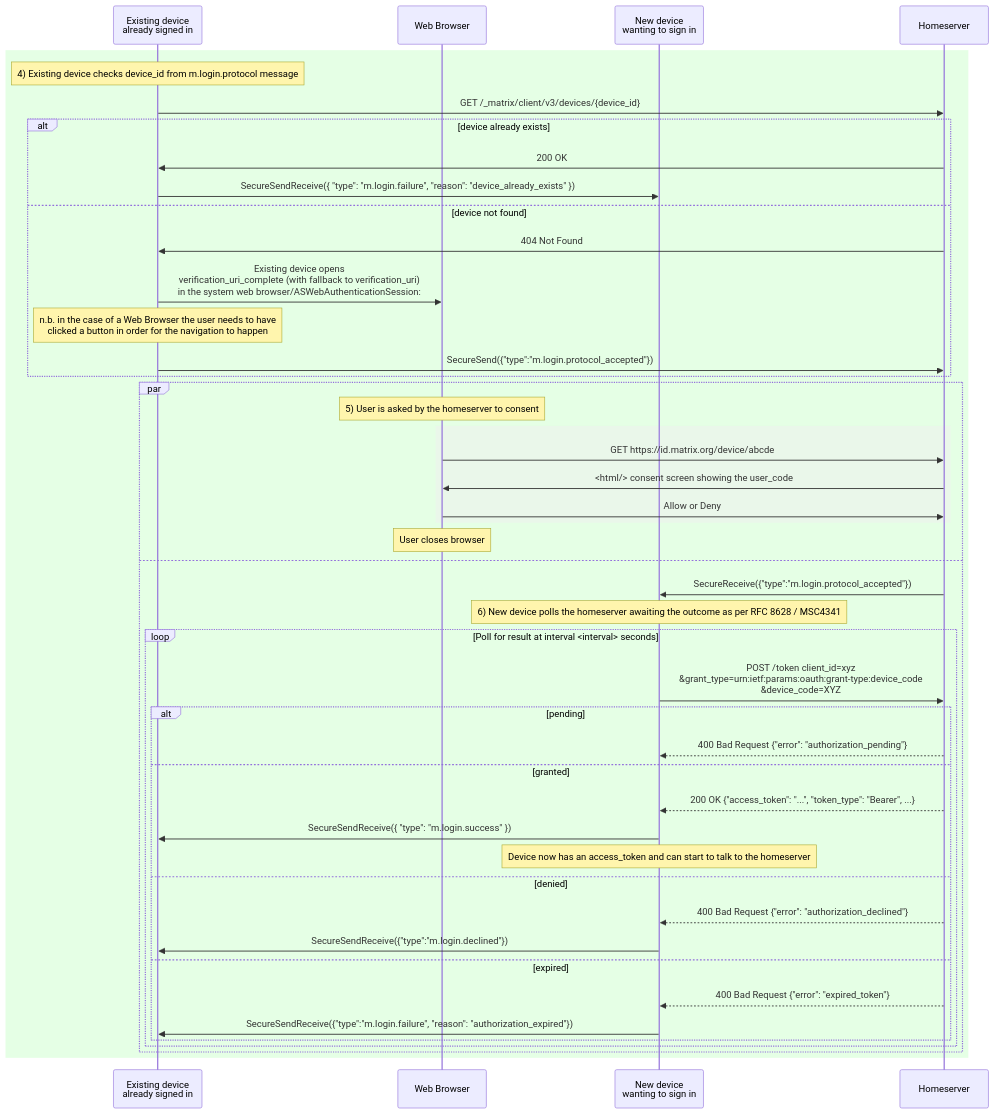
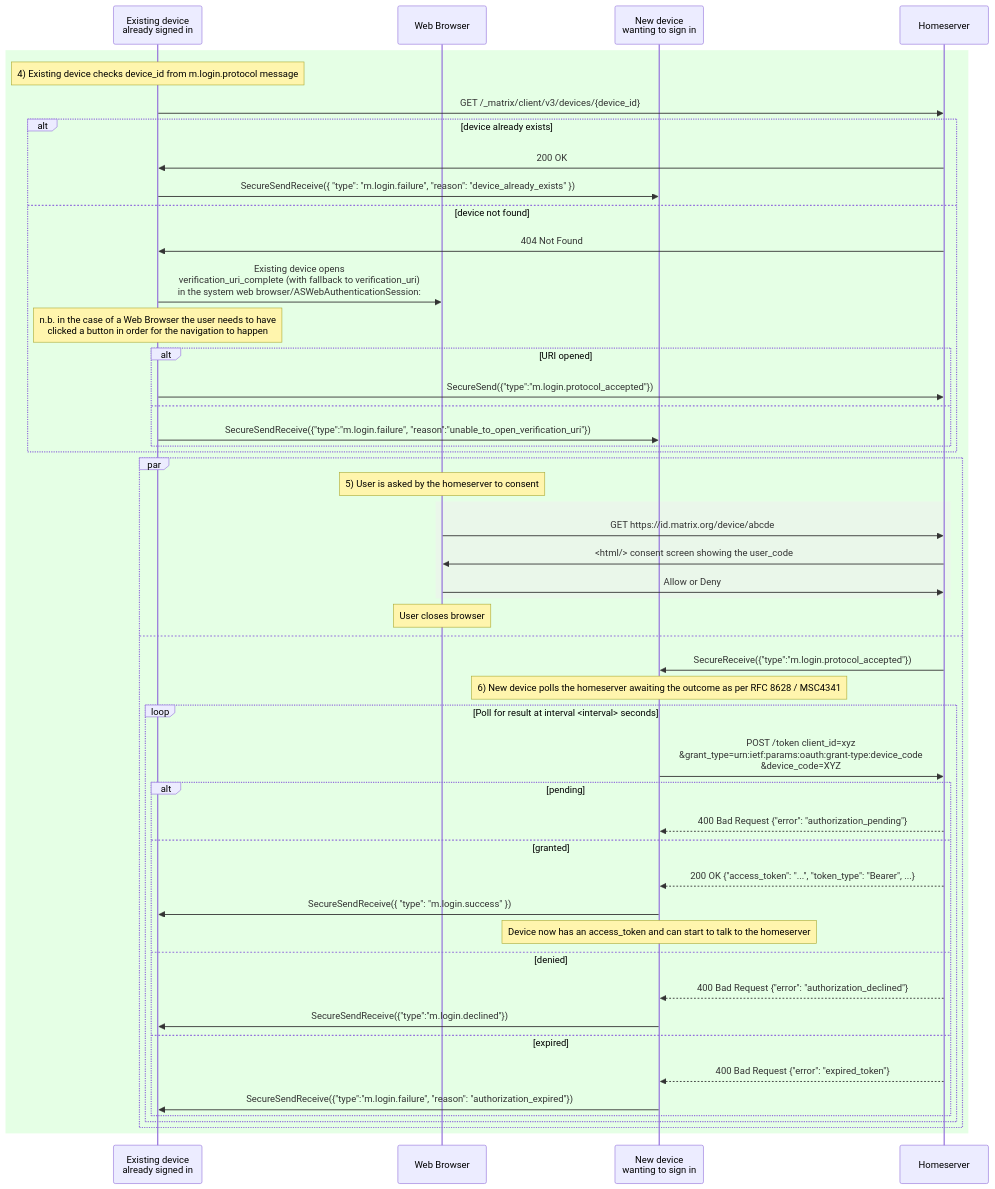
Before and after one commit to matrix-org/matrix-spec-proposals: the fourth of 5 diagrams in proposals/4108-oidc-qr-login.md, drawn with Mermaid. The commit also changed other lines of this file, not shown here.

Commit message:
Add unable_to_open_verification_uri failure reason

````diff
--- a/proposals/4108-oidc-qr-login.md
+++ b/proposals/4108-oidc-qr-login.md
@@ -430,49 +442,53 @@
 ```mermaid
 sequenceDiagram
     participant E as Existing device <br>already signed in
     participant UA as Web Browser
     participant N as New device <br>wanting to sign in
     participant HS as Homeserver
 
     rect rgba(0,255,0, 0.1)
         note over E: 4) Existing device checks device_id from m.login.protocol message
         E->>HS: GET /_matrix/client/v3/devices/{device_id}
         alt device already exists
             HS->>E: 200 OK
             E->>N: SecureSendReceive({ "type": "m.login.failure", "reason": "device_already_exists" })
         else device not found
             HS->>E: 404 Not Found
             E->>UA: Existing device opens <br>verification_uri_complete (with fallback to verification_uri)<br> in the system web browser/ASWebAuthenticationSession:
             Note over E: n.b. in the case of a Web Browser the user needs to have<br> clicked a button in order for the navigation to happen
-            E->>HS: SecureSend({"type":"m.login.protocol_accepted"})
+            alt URI opened
+                E->>HS: SecureSend({"type":"m.login.protocol_accepted"})
+            else
+                E->>N: SecureSendReceive({"type":"m.login.failure", "reason":"unable_to_open_verification_uri"})
+            end
         end
         par
             Note over UA: 5) User is asked by the homeserver to consent
             rect rgba(240,240,240,0.5)
                 UA->>HS: GET https://id.matrix.org/device/abcde
                 HS->>UA: <html/> consent screen showing the user_code
                 UA->>HS: Allow or Deny
             end
             Note over UA: User closes browser
         and
             HS->>N: SecureReceive({"type":"m.login.protocol_accepted"})
         note over N: 6) New device polls the homeserver awaiting the outcome as per RFC 8628 / MSC4341
             loop Poll for result at interval <interval> seconds
                 N->>HS: POST /token client_id=xyz<br>&grant_type=urn:ietf:params:oauth:grant-type:device_code<br>&device_code=XYZ
                 alt pending
                     HS-->>N: 400 Bad Request {"error": "authorization_pending"}
                 else granted
                     HS-->>N: 200 OK {"access_token": "...", "token_type": "Bearer", ...}
                     N->>E: SecureSendReceive({ "type": "m.login.success" })
                     Note over N: Device now has an access_token and can start to talk to the homeserver
                 else denied
                     HS-->>N: 400 Bad Request {"error": "authorization_declined"}
                     N->>E: SecureSendReceive({"type":"m.login.declined"})
                 else expired
                     HS-->>N: 400 Bad Request {"error": "expired_token"}
                     N->>E: SecureSendReceive({"type":"m.login.failure", "reason": "authorization_expired"})
                 end
             end
         end
     end
 ```
````
